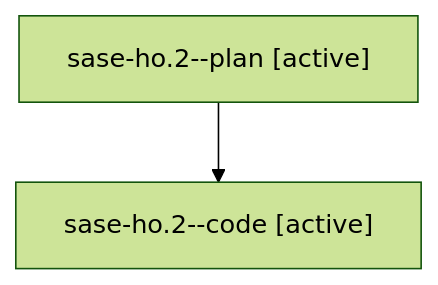
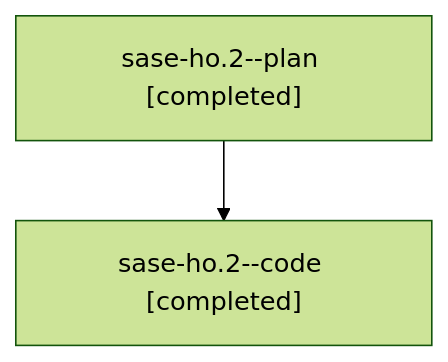
The diagram in families/bbugyi200.athena.sase-ho.2.md (sase-org/sase--agents), drawn with Mermaid (forest theme) before and after one commit. The commit also changed other lines of this file and 1506 other files, not shown here.

````diff
--- a/families/bbugyi200.athena.sase-ho.2.md
+++ b/families/bbugyi200.athena.sase-ho.2.md
@@ -9,6 +9,6 @@
 ```mermaid
 flowchart TD
-  n0["sase-ho.2--plan [active]"]
-  n1["sase-ho.2--code [active]"]
+  n0["sase-ho.2--plan [completed]"]
+  n1["sase-ho.2--code [completed]"]
   n0 --> n1
 ```
````
